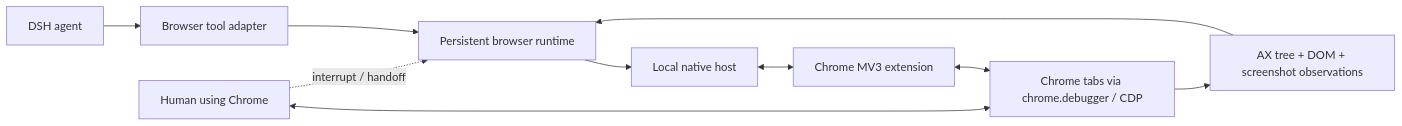
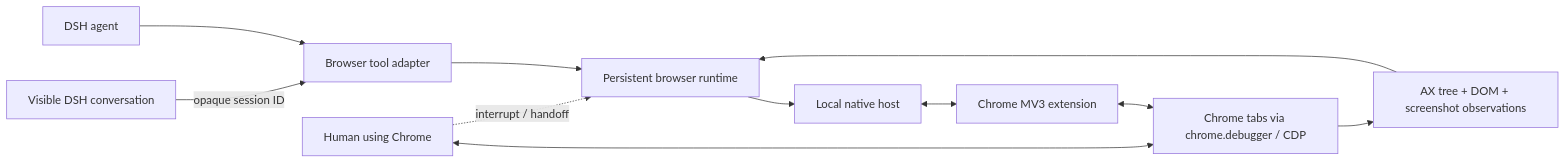
One commit to longmiaoo/dsh-native-browser changed the diagram in README.md. Above: the diagram before and after it, drawn with Mermaid. The commit also changed other lines of this file and 29 other files, not shown here.

````diff
--- a/README.md
+++ b/README.md
@@ -51,12 +52,13 @@
 ```mermaid
 flowchart LR
+    W[Visible DSH conversation] -->|opaque session ID| T
     A[DSH agent] --> T[Browser tool adapter]
     T --> R[Persistent browser runtime]
     R --> H[Local native host]
     H <--> E[Chrome MV3 extension]
     E <--> C[Chrome tabs via chrome.debugger / CDP]
     C --> O[AX tree + DOM + screenshot observations]
     O --> R
     U[Human using Chrome] <--> C
     U -. interrupt / handoff .-> R
 ```
````
